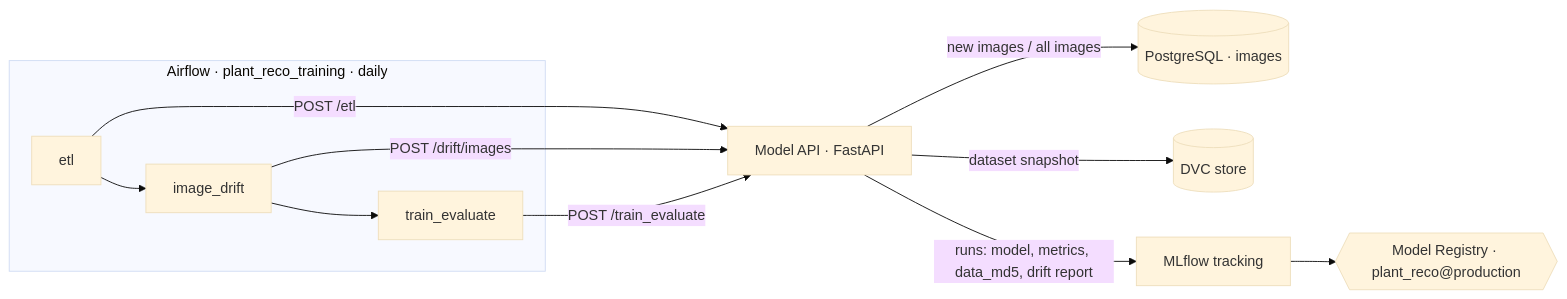
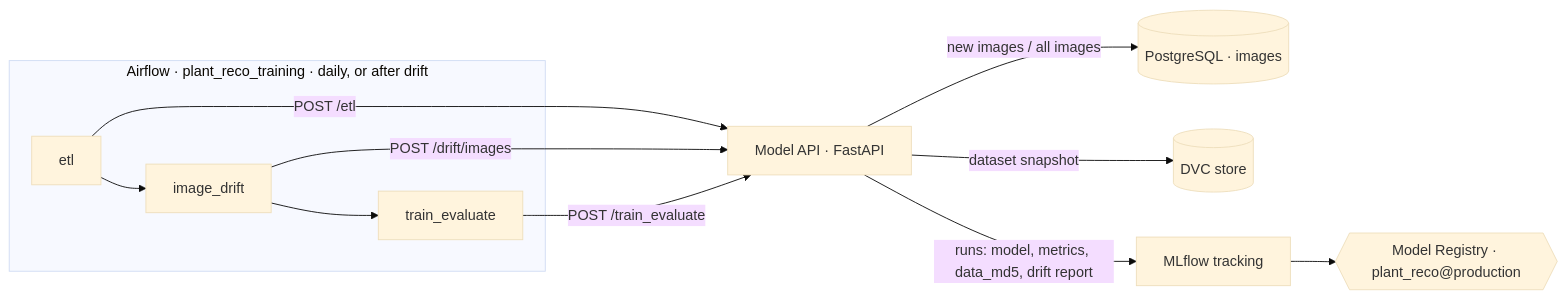
One commit to DataScientest-Studio/sep26_bmlops_int_plant_reco changed the second of 4 diagrams in README.md. Above: the diagram before and after it, drawn with Mermaid (base theme). The commit also changed other lines of this file, not shown here.

Commit message:
README: dashboard, retraining on drift, CI

````diff
--- a/README.md
+++ b/README.md
@@ -78,13 +84,13 @@
 ```mermaid
 flowchart LR
-    subgraph AF["Airflow · plant_reco_training · daily"]
+    subgraph AF["Airflow · plant_reco_training · daily, or after drift"]
         T1["etl"] --> T2["image_drift"] --> T3["train_evaluate"]
     end
     T1 -- "POST /etl" --> API["Model API · FastAPI"]
     T2 -- "POST /drift/images" --> API
     T3 -- "POST /train_evaluate" --> API
     API -- "new images / all images" --> DB[("PostgreSQL · images")]
     API -- "dataset snapshot" --> DVC[("DVC store")]
     API -- "runs: model, metrics, data_md5, drift report" --> MLF["MLflow tracking"]
     MLF --> REG{{"Model Registry · plant_reco@production"}}
 ```
````
